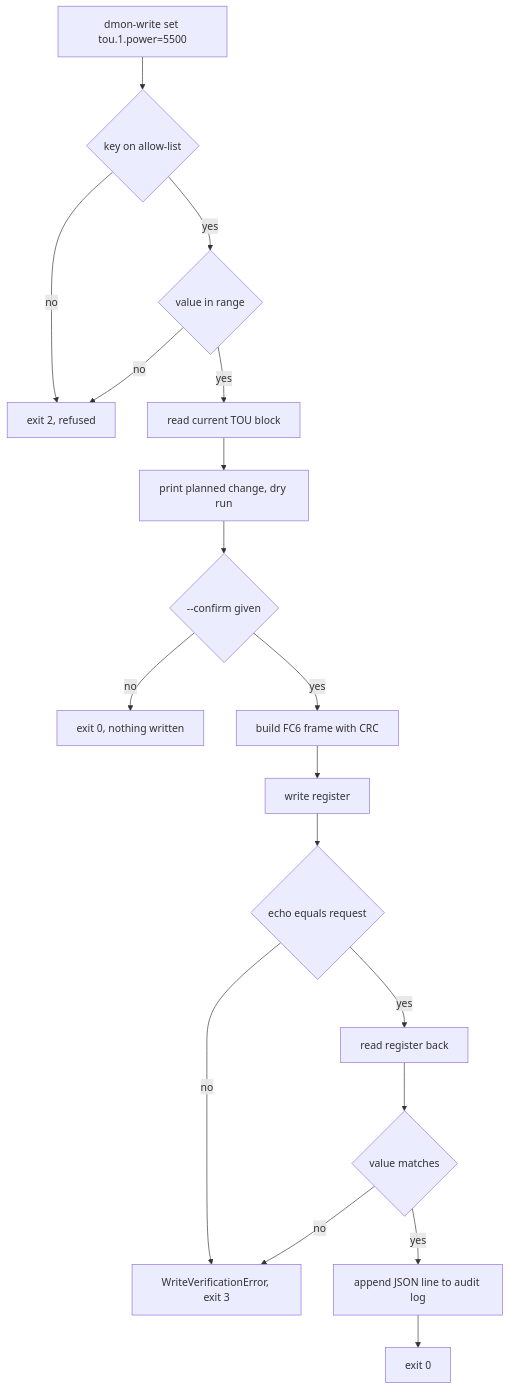
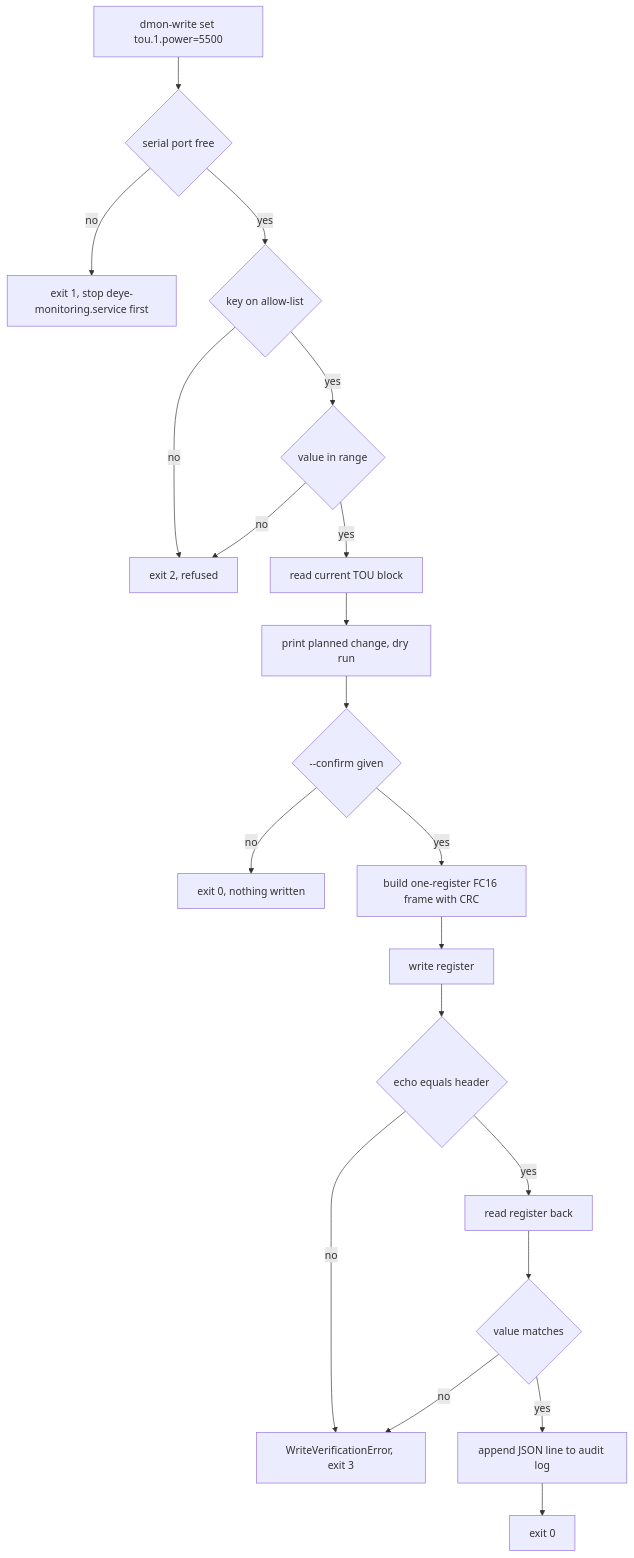
One commit to shaposhnikoff/deye-6-modbus-management changed the first of 3 diagrams in docs/diagrams/write-flow.md. Above: the diagram before and after it, drawn with Mermaid. The commit also changed other lines of this file and 5 other files, not shown here.

````diff
--- a/docs/diagrams/write-flow.md
+++ b/docs/diagrams/write-flow.md
@@ -6,20 +6,22 @@
 ```mermaid
 flowchart TD
-    A["dmon-write set tou.1.power=5500"] --> B{key on allow-list}
+    A["dmon-write set tou.1.power=5500"] --> A2{serial port free}
+    A2 -- no --> A3[exit 1, stop deye-monitoring.service first]
+    A2 -- yes --> B{key on allow-list}
     B -- no --> C[exit 2, refused]
     B -- yes --> D{value in range}
     D -- no --> C
     D -- yes --> E[read current TOU block]
     E --> F[print planned change, dry run]
     F --> G{--confirm given}
     G -- no --> H[exit 0, nothing written]
-    G -- yes --> I[build FC6 frame with CRC]
+    G -- yes --> I[build one-register FC16 frame with CRC]
     I --> J[write register]
-    J --> K{echo equals request}
+    J --> K{echo equals header}
     K -- no --> L[WriteVerificationError, exit 3]
     K -- yes --> M[read register back]
     M --> N{value matches}
     N -- no --> L
     N -- yes --> O[append JSON line to audit log]
     O --> P[exit 0]
 ```
````
